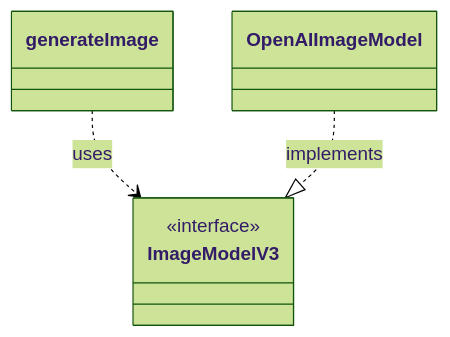
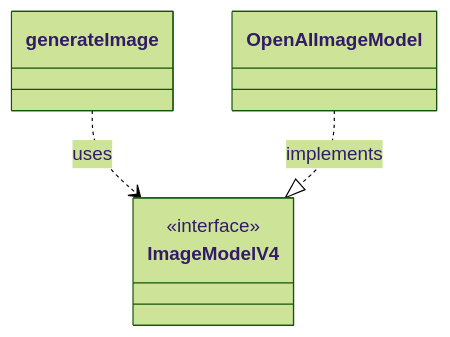
The fourth of 8 diagrams in architecture/provider-abstraction.md (vercel/ai), drawn with Mermaid (forest theme) before and after one commit. The commit also changed other lines of this file and 30 other files, not shown here.

````diff
--- a/architecture/provider-abstraction.md
+++ b/architecture/provider-abstraction.md
@@ -93,11 +93,11 @@
 ```mermaid
 classDiagram
     class generateImage
-    class ImageModelV3 {
+    class ImageModelV4 {
       <<interface>>
     }
     class OpenAIImageModel
 
-    generateImage ..> ImageModelV3 : uses
-    OpenAIImageModel ..|> ImageModelV3 : implements
+    generateImage ..> ImageModelV4 : uses
+    OpenAIImageModel ..|> ImageModelV4 : implements
 ```
````
